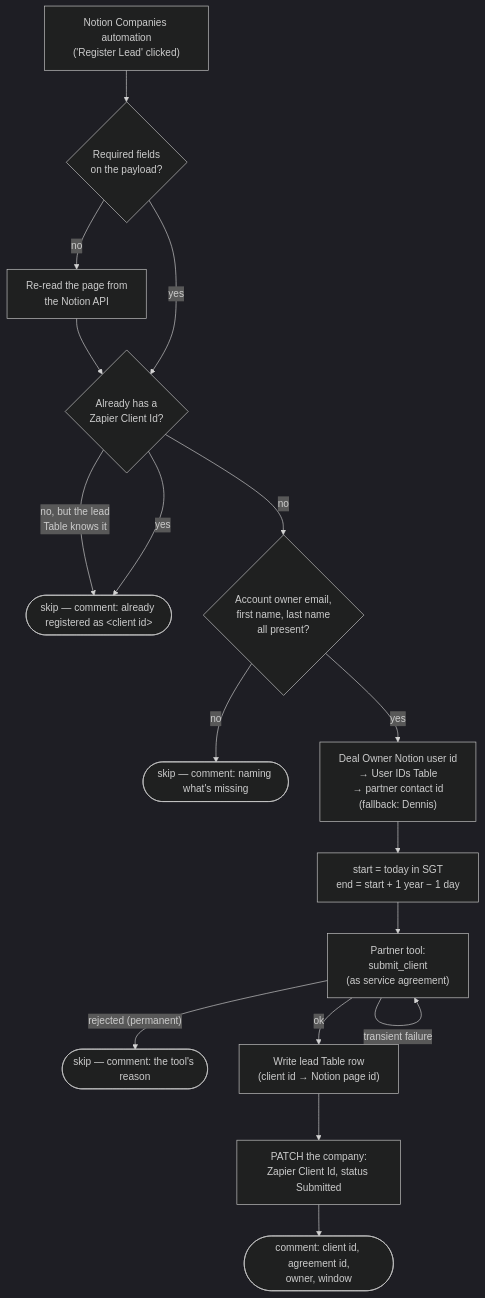
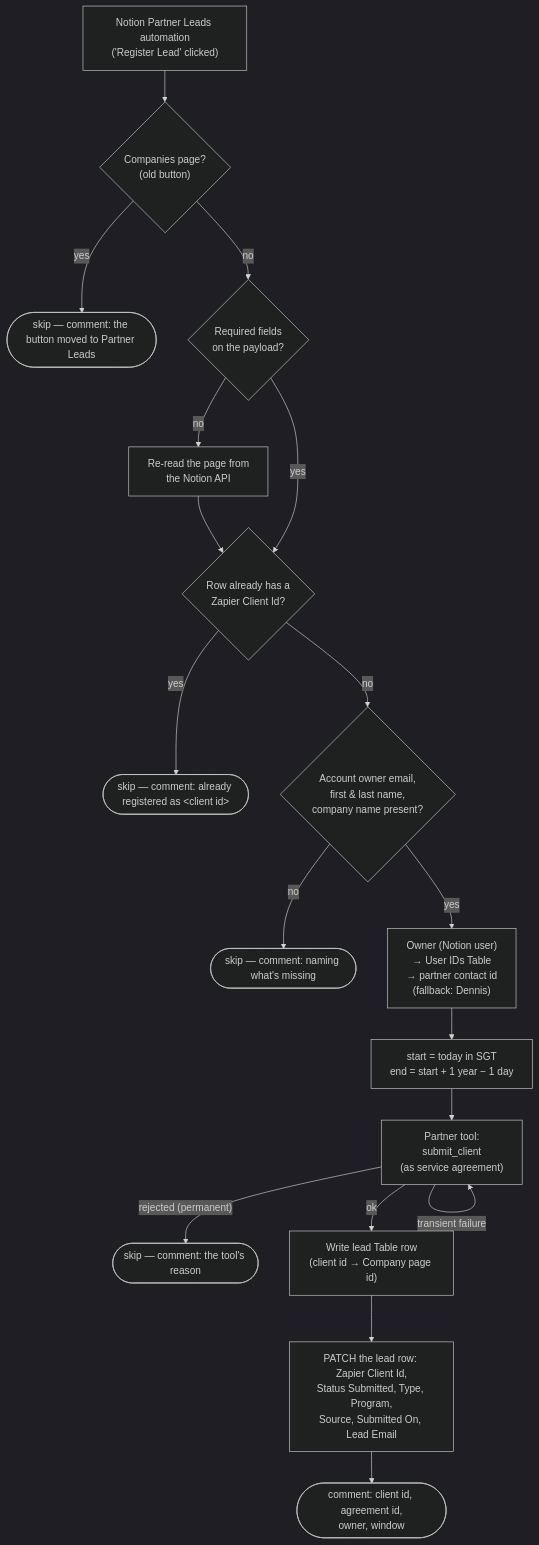
One commit to work-flowers/zapier-sdk changed the diagram in register-zapier-partner-lead/README.md. Above: the diagram before and after it, drawn with Mermaid (dark theme). The commit also changed other lines of this file and 8 other files, not shown here.

First line of the commit message:
Move Zapier partner leads into their own Notion database

````diff
--- a/register-zapier-partner-lead/README.md
+++ b/register-zapier-partner-lead/README.md
@@ -11,18 +11,19 @@
 ```mermaid
 flowchart TD
-    A["Notion Companies automation<br/>('Register Lead' clicked)"] --> B{"Required fields<br/>on the payload?"}
+    A["Notion Partner Leads automation<br/>('Register Lead' clicked)"] --> Z{"Companies page?<br/>(old button)"}
+    Z -- yes --> Z2(["skip — comment: the button moved to Partner Leads"])
+    Z -- no --> B{"Required fields<br/>on the payload?"}
     B -- no --> B2["Re-read the page from<br/>the Notion API"] --> C
-    B -- yes --> C{"Already has a<br/>Zapier Client Id?"}
-    C -- "no, but the lead<br/>Table knows it" --> D
+    B -- yes --> C{"Row already has a<br/>Zapier Client Id?"}
     C -- yes --> D(["skip — comment: already registered as &lt;client id&gt;"])
-    C -- no --> E{"Account owner email,<br/>first name, last name<br/>all present?"}
+    C -- no --> E{"Account owner email,<br/>first & last name,<br/>company name present?"}
     E -- no --> F(["skip — comment: naming what's missing"])
-    E -- yes --> G["Deal Owner Notion user id<br/>→ User IDs Table<br/>→ partner contact id<br/>(fallback: Dennis)"]
+    E -- yes --> G["Owner (Notion user)<br/>→ User IDs Table<br/>→ partner contact id<br/>(fallback: Dennis)"]
     G --> H["start = today in SGT<br/>end = start + 1 year − 1 day"]
     H --> I["Partner tool:<br/>submit_client<br/>(as service agreement)"]
     I -- "rejected (permanent)" --> J(["skip — comment: the tool's reason"])
     I -- "transient failure" --> I
-    I -- ok --> K["Write lead Table row<br/>(client id → Notion page id)"]
-    K --> L["PATCH the company:<br/>Zapier Client Id, status Submitted"]
+    I -- ok --> K["Write lead Table row<br/>(client id → Company page id)"]
+    K --> L["PATCH the lead row: Zapier Client Id,<br/>Status Submitted, Type, Program,<br/>Source, Submitted On, Lead Email"]
     L --> M(["comment: client id, agreement id,<br/>owner, window"])
 ```
````
